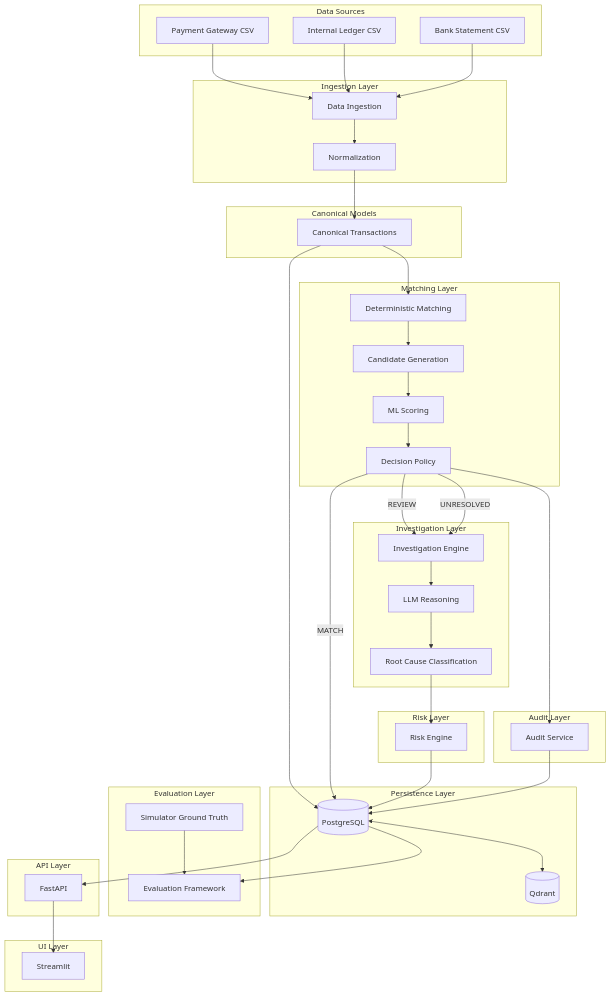
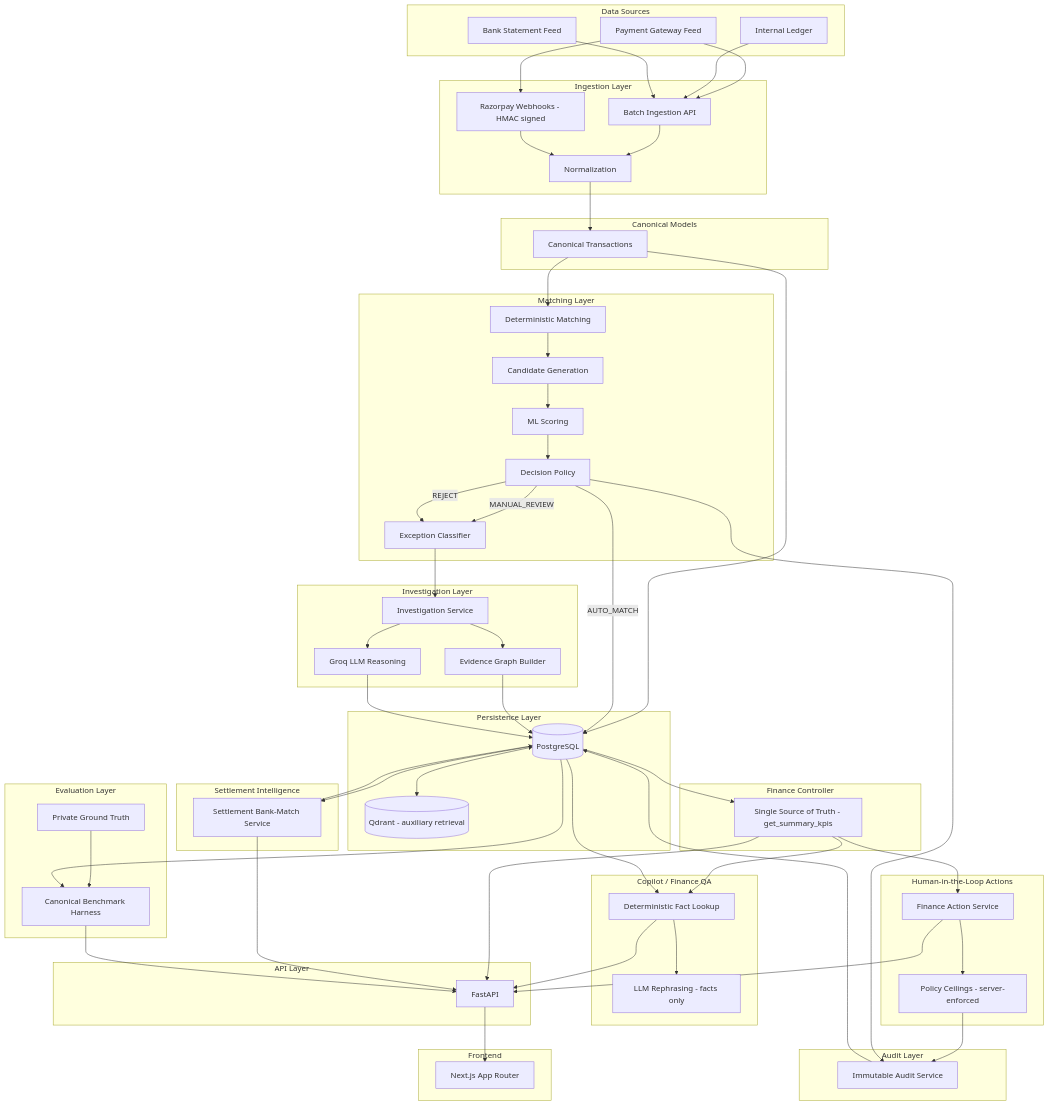
Before and after one commit to likhith1253/veridex: the first of 6 diagrams in ARCHITECTURE.md, drawn with Mermaid. The commit also changed other lines of this file and 2 other files, not shown here.

First line of the commit message:
Rewrite ARCHITECTURE.md for the current system, drop dead ui/ tests

````diff
--- a/ARCHITECTURE.md
+++ b/ARCHITECTURE.md
@@ -27,81 +27,113 @@
 ```mermaid
 graph TB
     subgraph DataSources[Data Sources]
-        GW[Payment Gateway CSV]
-        LD[Internal Ledger CSV]
-        BK[Bank Statement CSV]
+        GW[Payment Gateway Feed]
+        LD[Internal Ledger]
+        BK[Bank Statement Feed]
     end
-    
+
     subgraph Ingestion[Ingestion Layer]
-        DI[Data Ingestion]
+        DI[Batch Ingestion API]
         NM[Normalization]
+        WH[Razorpay Webhooks - HMAC signed]
     end
-    
+
     subgraph Canonical[Canonical Models]
         CT[Canonical Transactions]
     end
-    
+
     subgraph Persistence[Persistence Layer]
         PG[(PostgreSQL)]
-        QD[(Qdrant)]
+        QD[(Qdrant - auxiliary retrieval)]
     end
-    
+
     subgraph Matching[Matching Layer]
         DMG[Deterministic Matching]
         CG[Candidate Generation]
         MLS[ML Scoring]
         DP[Decision Policy]
+        EC[Exception Classifier]
     end
-    
+
     subgraph Investigation[Investigation Layer]
-        IE[Investigation Engine]
-        LLM[LLM Reasoning]
-        RC[Root Cause Classification]
+        IE[Investigation Service]
+        LLM[Groq LLM Reasoning]
+        EG[Evidence Graph Builder]
     end
-    
-    subgraph Risk[Risk Layer]
-        RE[Risk Engine]
+
+    subgraph Controller[Finance Controller]
+        FC[Single Source of Truth - get_summary_kpis]
     end
-    
+
+    subgraph HITL[Human-in-the-Loop Actions]
+        FA[Finance Action Service]
+        POL[Policy Ceilings - server-enforced]
+    end
+
+    subgraph Settle[Settlement Intelligence]
+        SI[Settlement Bank-Match Service]
+    end
+
+    subgraph QAChat[Copilot / Finance QA]
+        QA[Deterministic Fact Lookup]
+        QALLM[LLM Rephrasing - facts only]
+    end
+
     subgraph Audit[Audit Layer]
-        AS[Audit Service]
+        AS[Immutable Audit Service]
     end
-    
+
     subgraph Evaluation[Evaluation Layer]
-        EF[Evaluation Framework]
-        SIM[Simulator Ground Truth]
+        EF[Canonical Benchmark Harness]
+        GT[Private Ground Truth]
     end
-    
+
     subgraph API[API Layer]
-        FA[FastAPI]
+        FAPI[FastAPI]
     end
-    
-    subgraph UI[UI Layer]
-        SL[Streamlit]
+
+    subgraph Frontend[Frontend]
+        NEXT[Next.js App Router]
     end
-    
+
     GW --> DI
     LD --> DI
     BK --> DI
+    GW --> WH
     DI --> NM
+    WH --> NM
     NM --> CT
     CT --> PG
     CT --> DMG
     DMG --> CG
     CG --> MLS
     MLS --> DP
-    DP -->|MATCH| PG
-    DP -->|REVIEW| IE
-    DP -->|UNRESOLVED| IE
+    DP -->|AUTO_MATCH| PG
+    DP -->|MANUAL_REVIEW| EC
+    DP -->|REJECT| EC
+    EC --> IE
     IE --> LLM
-    LLM --> RC
-    RC --> RE
-    RE --> PG
+    IE --> EG
+    EG --> PG
+    LLM --> PG
+    PG --> FC
+    FC --> FA
+    FA --> POL
+    POL --> AS
+    PG --> SI
+    SI --> PG
+    FC --> QA
+    QA --> QALLM
+    PG --> QA
     DP --> AS
     AS --> PG
-    SIM --> EF
+    GT --> EF
     PG --> EF
-    PG --> FA
-    FA --> SL
+    FC --> FAPI
+    FA --> FAPI
+    SI --> FAPI
+    QA --> FAPI
+    EF --> FAPI
+    FAPI --> NEXT
     PG <--> QD
 ```
````
